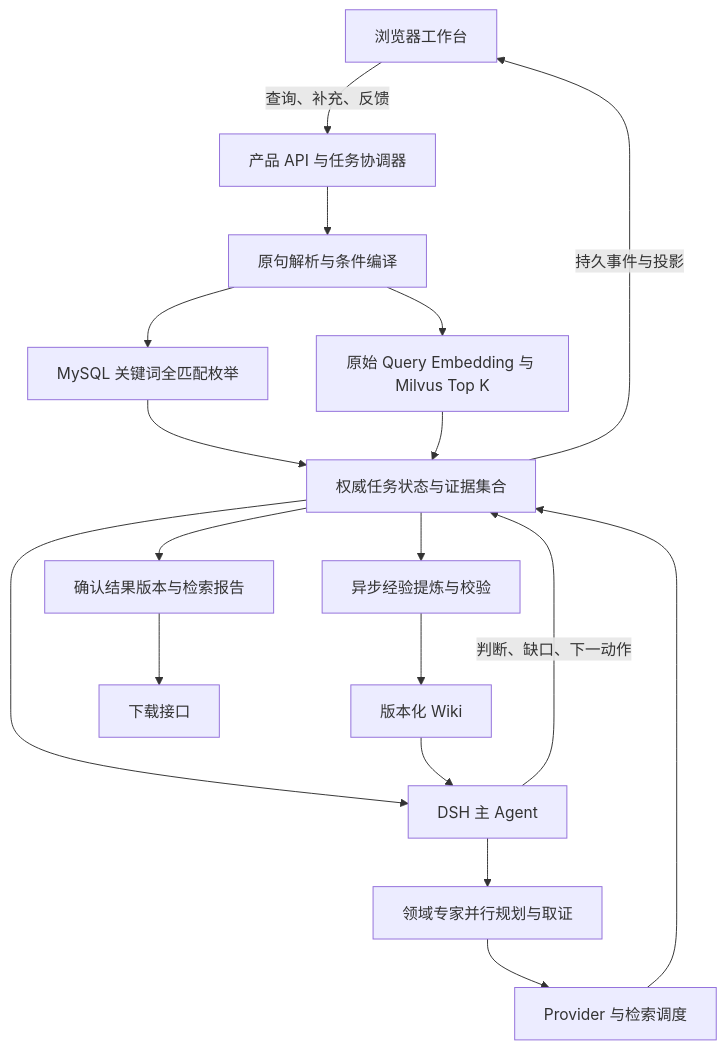
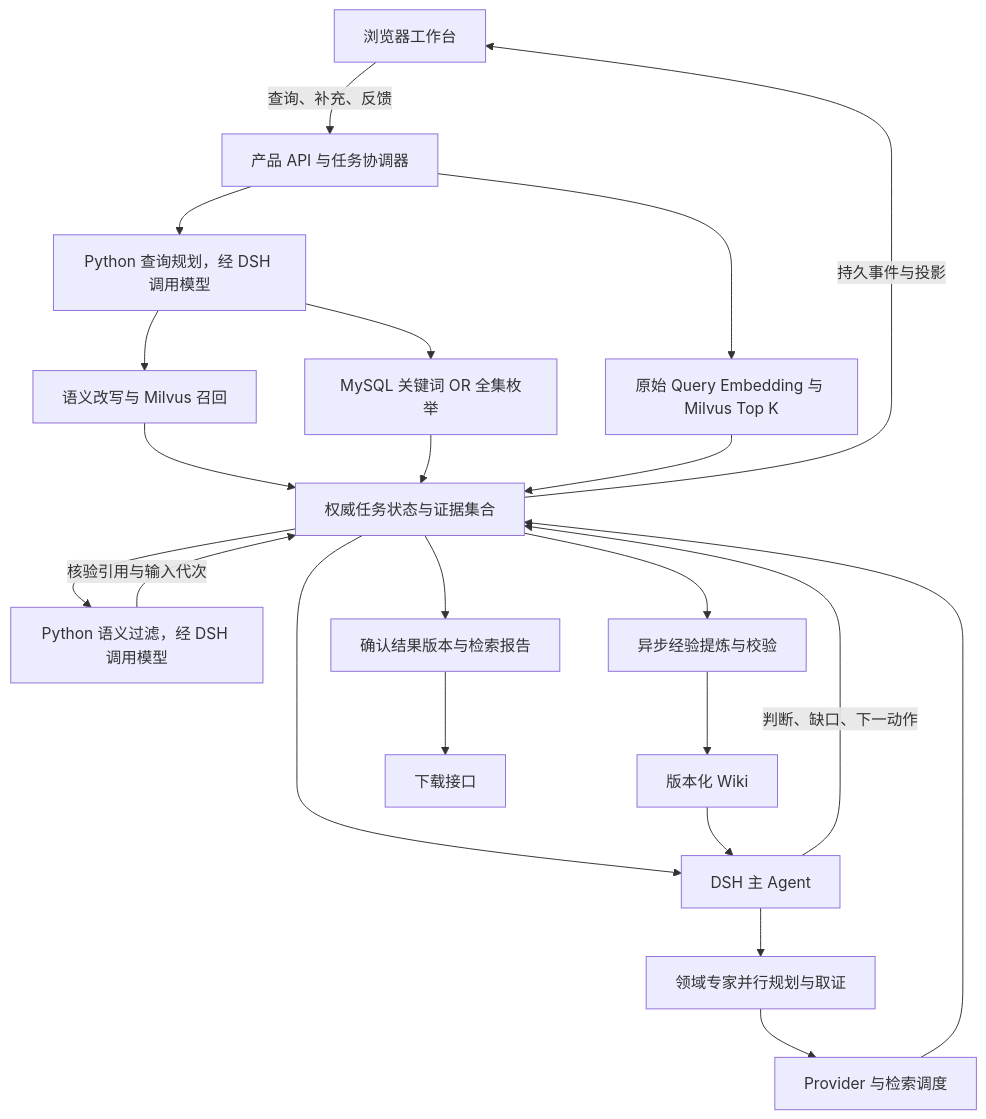
The diagram in docs/ARCHITECTURE.md (Merak-Wang/CaseWeave), drawn with Mermaid before and after one commit. The commit also changed other lines of this file and 139 other files, not shown here.

````diff
--- a/docs/ARCHITECTURE.md
+++ b/docs/ARCHITECTURE.md
@@ -13,20 +13,24 @@
 ```mermaid
 flowchart TD
   U[浏览器工作台] -->|查询、补充、反馈| API[产品 API 与任务协调器]
-  API --> Q[原句解析与条件编译]
-  Q --> K[MySQL 关键词全匹配枚举]
-  Q --> V[原始 Query Embedding 与 Milvus Top K]
+  API --> Q[Python 查询规划，经 DSH 调用模型]
+  API --> V[原始 Query Embedding 与 Milvus Top K]
+  Q --> K[MySQL 关键词 OR 全集枚举]
+  Q --> V2[语义改写与 Milvus 召回]
+  V2 --> S
+  S --> O[Python 语义过滤，经 DSH 调用模型]
+  O -->|核验引用与输入代次| S
   K --> S[权威任务状态与证据集合]
   V --> S
   S --> A[DSH 主 Agent]
   W[版本化 Wiki] --> A
   A --> E[领域专家并行规划与取证]
   E --> P[Provider 与检索调度]
   P --> S
   A -->|判断、缺口、下一动作| S
   S -->|持久事件与投影| U
   S --> R[确认结果版本与检索报告]
   R --> D[下载接口]
   S --> L[异步经验提炼与校验]
   L --> W
 ```
````
